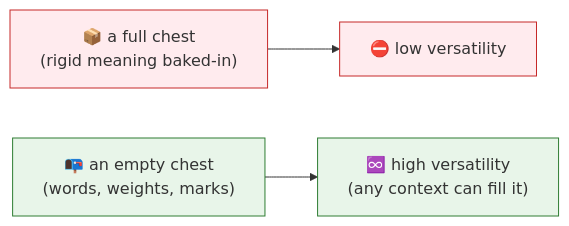
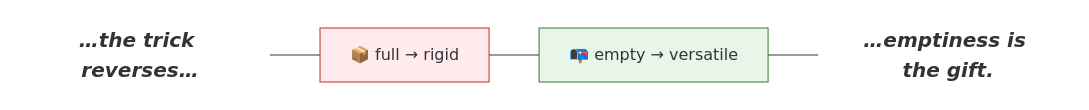
Before and after one commit to ArthurSrz/knowledge_glossary: the fifth of 5 diagrams in daily/2026-06-28 - The Society of Knowledge - Words and weights as marks.md, drawn with Mermaid. The commit also changed other lines of this file, not shown here.

````diff
--- a/daily/2026-06-28 - The Society of Knowledge - Words and weights as marks.md
+++ b/daily/2026-06-28 - The Society of Knowledge - Words and weights as marks.md
@@ -78,9 +70,9 @@
 ```mermaid
 graph LR
-    F["📦 a full chest<br/>(rigid meaning baked-in)"] --> FL["⛔ low versatility"]
-    E["📭 an empty chest<br/>(words, weights, marks)"] --> EH["♾️ high versatility<br/>(any context can fill it)"]
+    LEAD["…the trick reverses…"]:::ghost --- F["📦 full → rigid"]
+    F --- E["📭 empty → versatile"]
+    E --- TAIL["…emptiness is the gift."]:::ghost
+    classDef ghost fill:none,stroke:none,color:#333,font-size:20px,font-style:italic,font-weight:bold
     style F fill:#ffebee,stroke:#c62828
-    style FL fill:#ffebee,stroke:#c62828
     style E fill:#e8f5e9,stroke:#2e7d32
-    style EH fill:#e8f5e9,stroke:#2e7d32
 ```
````
